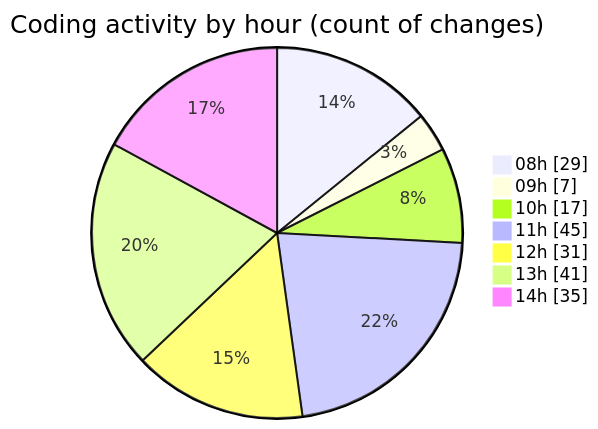
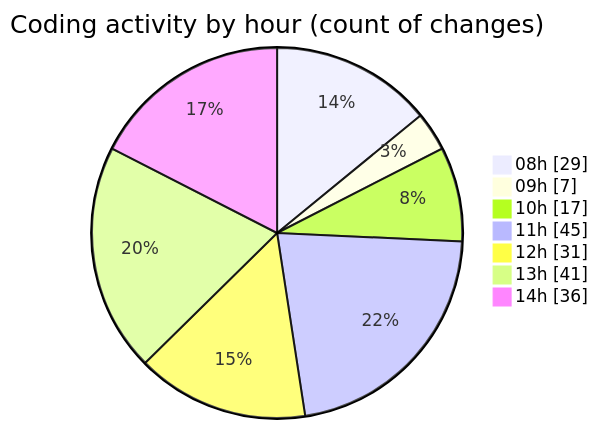
One commit to momahboobian/code-tracking changed the second of 2 diagrams in 2025-04-09/cda/README.md. Above: the diagram before and after it, drawn with Mermaid. The commit also changed other lines of this file and 1 other file, not shown here.

````diff
--- a/2025-04-09/cda/README.md
+++ b/2025-04-09/cda/README.md
@@ -56,11 +56,11 @@
 ```mermaid
 pie showData
 title Coding activity by hour (count of changes)
 "08h" : 29
 "09h" : 7
 "10h" : 17
 "11h" : 45
 "12h" : 31
 "13h" : 41
-"14h" : 35
+"14h" : 36
 ```
````
